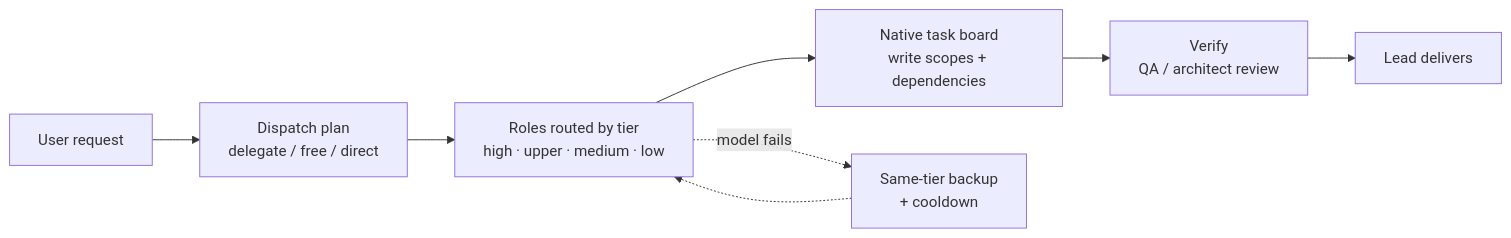
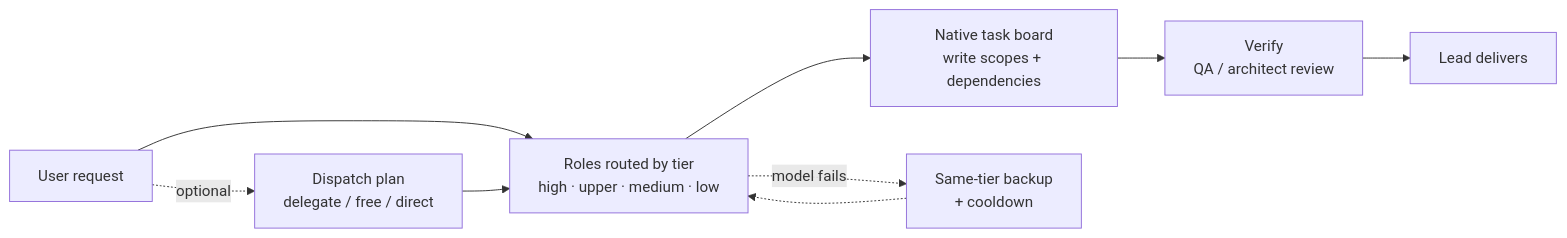
Before and after one commit to walke2019/dsh-capability-team: the diagram in README.md, drawn with Mermaid. The commit also changed other lines of this file and 50 other files, not shown here.

````diff
--- a/README.md
+++ b/README.md
@@ -68,10 +68,11 @@
 ```mermaid
 flowchart LR
-  R[User request] --> P[Dispatch plan<br/>delegate / free / direct]
-  P --> T[Roles routed by tier<br/>high · upper · medium · low]
+  R[User request] --> T[Roles routed by tier<br/>high · upper · medium · low]
+  R -. optional .-> P[Dispatch plan<br/>delegate / free / direct]
+  P --> T
   T --> B[Native task board<br/>write scopes + dependencies]
   B --> V[Verify<br/>QA / architect review]
   V --> D[Lead delivers]
   T -. model fails .-> F[Same-tier backup<br/>+ cooldown]
   F -.-> T
 ```
````
